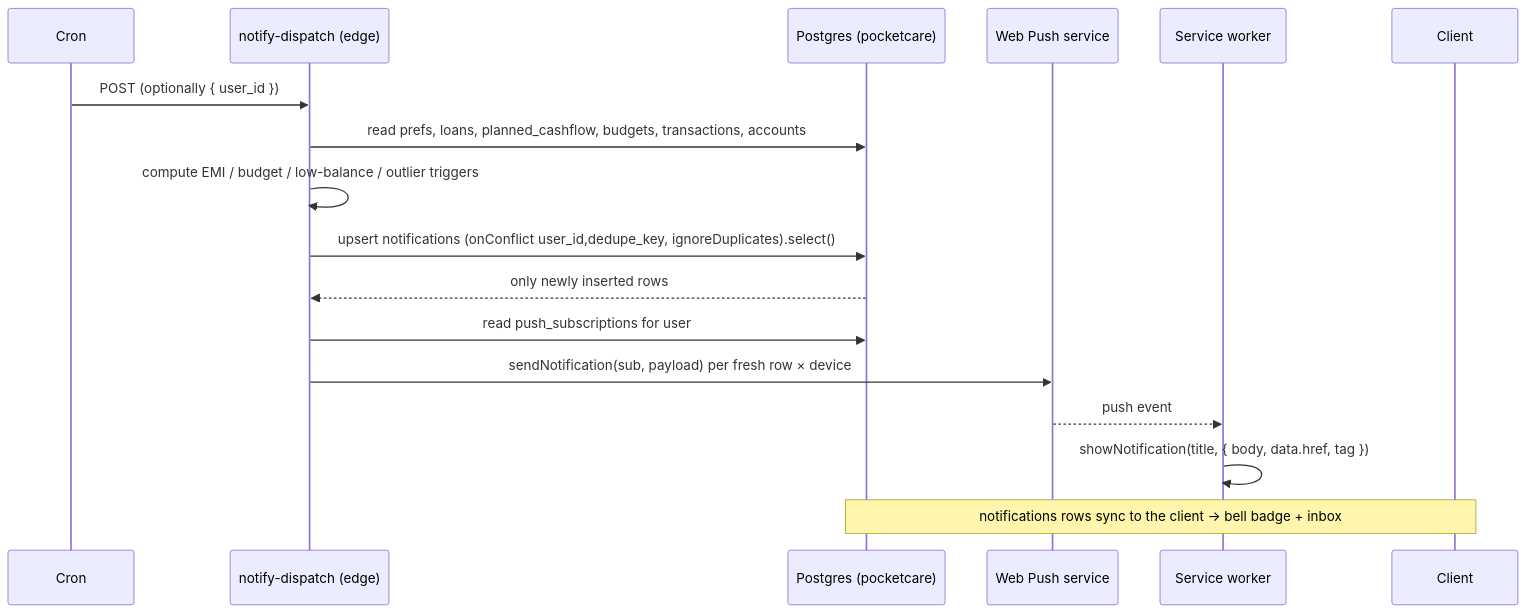
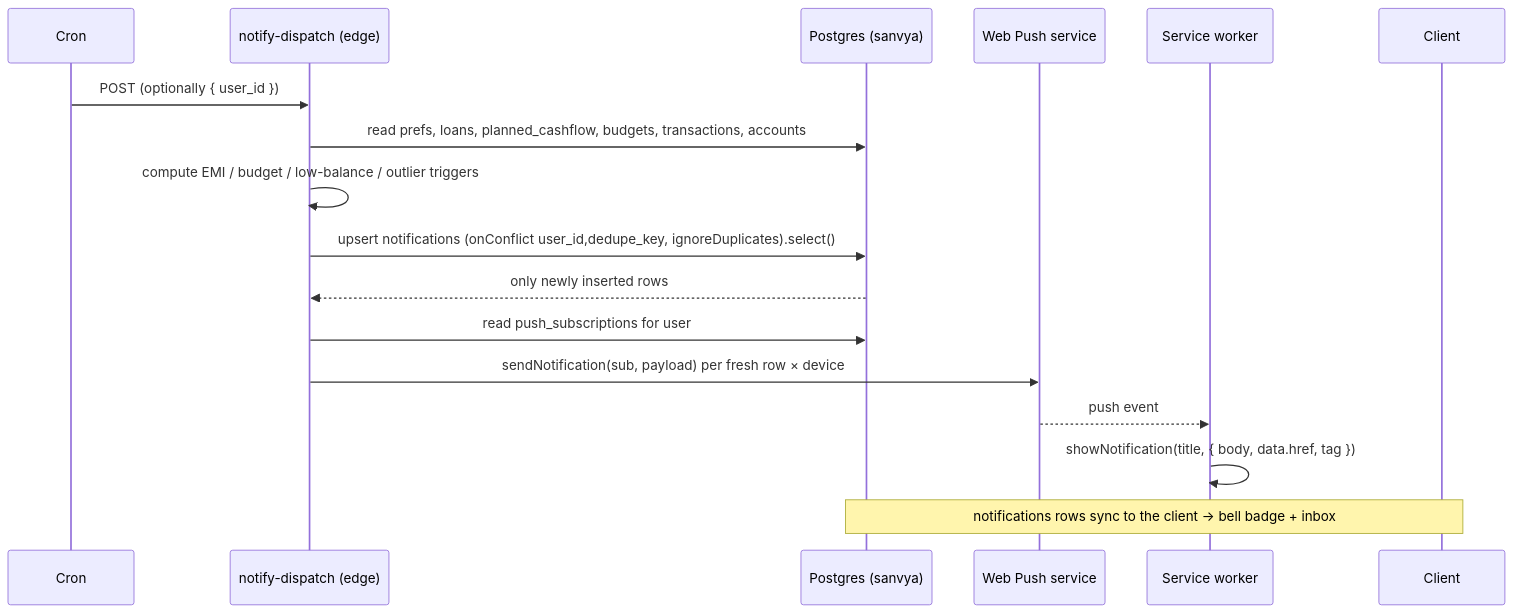
The second of 2 diagrams in docs/features/notifications.md (replyto-pocketcare/pocketcare-app), drawn with Mermaid before and after one commit. The commit also changed 451 other files, not shown here.

Commit message:
refactor: Rename SanvyaSchema and sanvya.db to PocketCareSchema and pocketcare.db

````diff
--- a/docs/features/notifications.md
+++ b/docs/features/notifications.md
@@ -29,18 +29,18 @@
 ```mermaid
 sequenceDiagram
   participant Cron
   participant Fn as notify-dispatch (edge)
-  participant PG as Postgres (pocketcare)
+  participant PG as Postgres (sanvya)
   participant Push as Web Push service
   participant SW as Service worker
   Cron->>Fn: POST (optionally { user_id })
   Fn->>PG: read prefs, loans, planned_cashflow, budgets, transactions, accounts
   Fn->>Fn: compute EMI / budget / low-balance / outlier triggers
   Fn->>PG: upsert notifications (onConflict user_id,dedupe_key, ignoreDuplicates).select()
   PG-->>Fn: only newly inserted rows
   Fn->>PG: read push_subscriptions for user
   Fn->>Push: sendNotification(sub, payload) per fresh row × device
   Push-->>SW: push event
   SW->>SW: showNotification(title, { body, data.href, tag })
   Note over PG,Client: notifications rows sync to the client → bell badge + inbox
 ```
````
